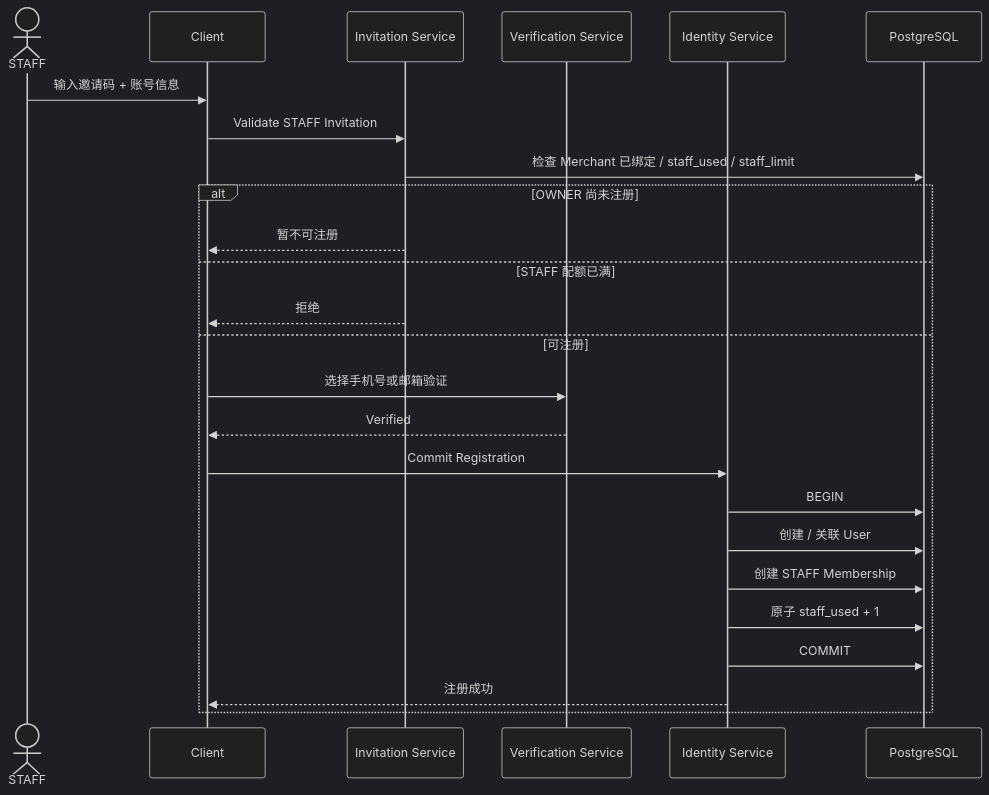
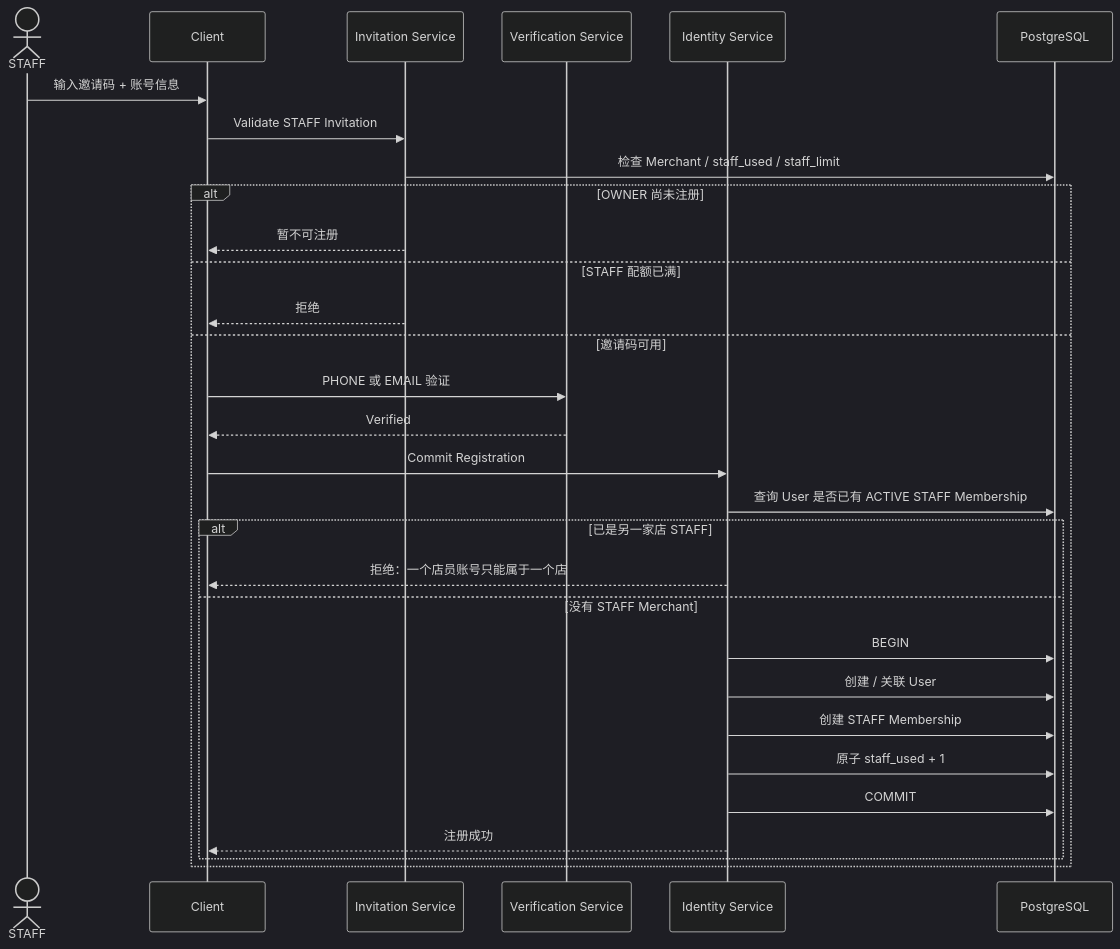
Before and after one commit to sxyq/mastergoods: the second of 2 diagrams in docs/system-design/01-账户与身份/01-注册与邀请码.md, drawn with Mermaid (dark theme). The commit also changed other lines of this file and 7 other files, not shown here.

````diff
--- a/docs/system-design/01-账户与身份/01-注册与邀请码.md
+++ b/docs/system-design/01-账户与身份/01-注册与邀请码.md
@@ -75,29 +39,35 @@
 ```mermaid
 sequenceDiagram
     actor S as STAFF
     participant C as Client
     participant INV as Invitation Service
     participant VERIFY as Verification Service
     participant IAM as Identity Service
     participant DB as PostgreSQL
 
     S->>C: 输入邀请码 + 账号信息
     C->>INV: Validate STAFF Invitation
-    INV->>DB: 检查 Merchant 已绑定 / staff_used / staff_limit
+    INV->>DB: 检查 Merchant / staff_used / staff_limit
 
     alt OWNER 尚未注册
         INV-->>C: 暂不可注册
     else STAFF 配额已满
         INV-->>C: 拒绝
-    else 可注册
-        C->>VERIFY: 选择手机号或邮箱验证
+    else 邀请码可用
+        C->>VERIFY: PHONE 或 EMAIL 验证
         VERIFY-->>C: Verified
         C->>IAM: Commit Registration
-        IAM->>DB: BEGIN
-        IAM->>DB: 创建 / 关联 User
-        IAM->>DB: 创建 STAFF Membership
-        IAM->>DB: 原子 staff_used + 1
-        IAM->>DB: COMMIT
-        IAM-->>C: 注册成功
+        IAM->>DB: 查询 User 是否已有 ACTIVE STAFF Membership
+
+        alt 已是另一家店 STAFF
+            IAM-->>C: 拒绝：一个店员账号只能属于一个店
+        else 没有 STAFF Merchant
+            IAM->>DB: BEGIN
+            IAM->>DB: 创建 / 关联 User
+            IAM->>DB: 创建 STAFF Membership
+            IAM->>DB: 原子 staff_used + 1
+            IAM->>DB: COMMIT
+            IAM-->>C: 注册成功
+        end
     end
 ```
````
